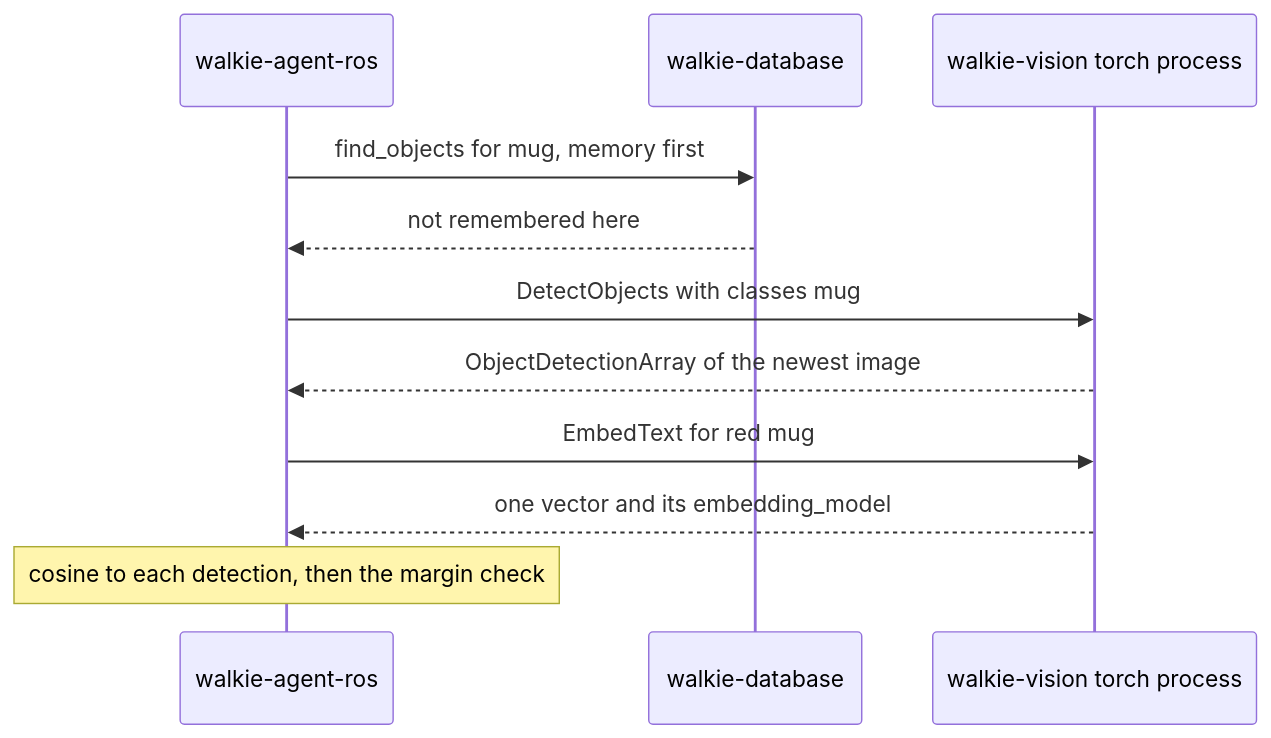
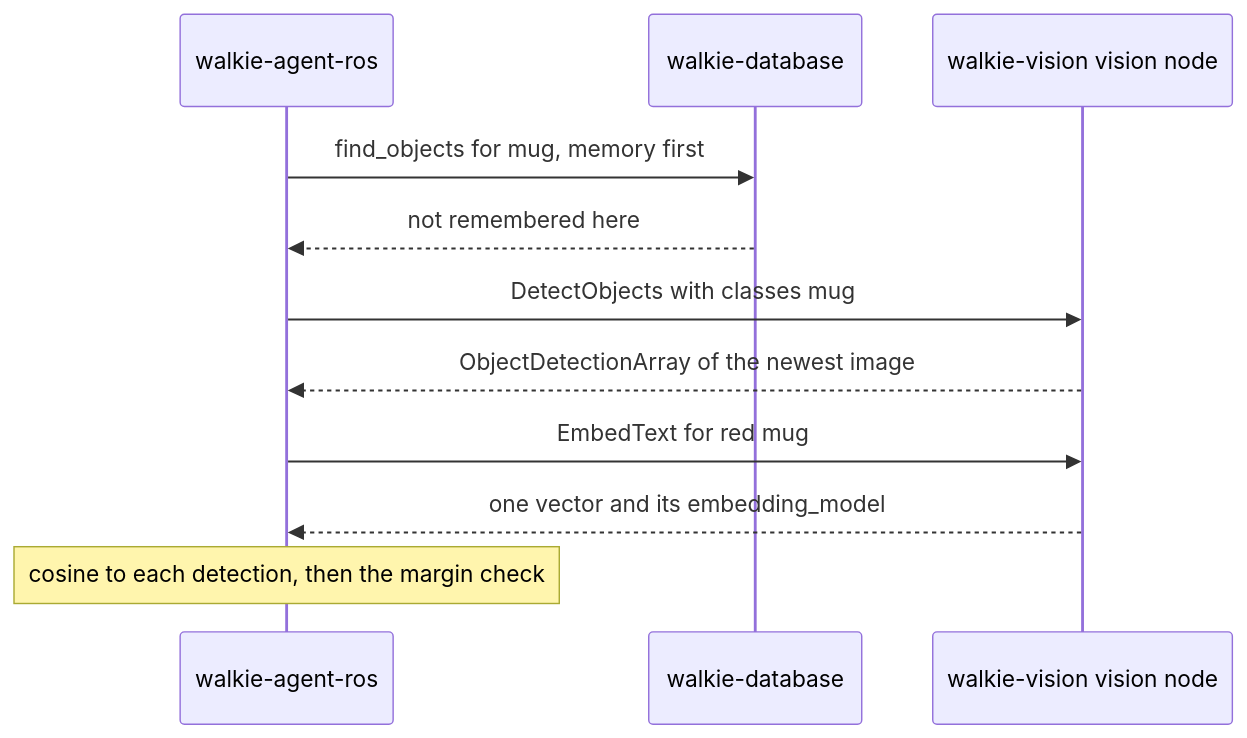
One commit to EIC-Robocup-2026/walkie-vision changed the third of 3 diagrams in docs/architecture/vision.md. Above: the diagram before and after it, drawn with Mermaid. The commit also changed other lines of this file and 6 other files, not shown here.

First line of the commit message:
docs: run the face models in the torch process (adr-0010)

````diff
--- a/docs/architecture/vision.md
+++ b/docs/architecture/vision.md
@@ -224,13 +606,13 @@
 ```mermaid
 sequenceDiagram
   participant A as walkie-agent-ros
   participant D as walkie-database
-  participant V as walkie-vision torch process
+  participant V as walkie-vision vision node
   A->>D: find_objects for mug, memory first
   D-->>A: not remembered here
   A->>V: DetectObjects with classes mug
   V-->>A: ObjectDetectionArray of the newest image
   A->>V: EmbedText for red mug
   V-->>A: one vector and its embedding_model
   Note over A: cosine to each detection, then the margin check
 ```
````
